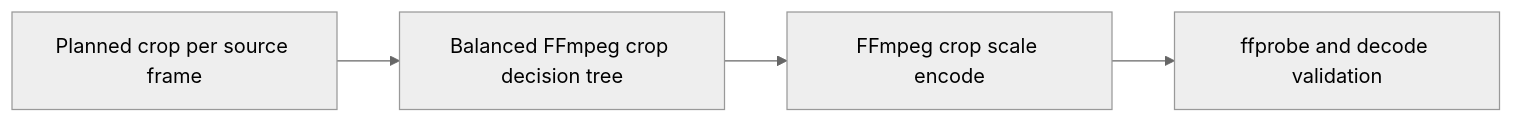
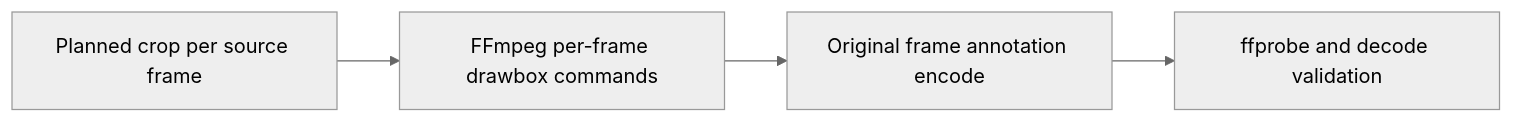
One commit to o0O96O0o/boulder-frame changed the second of 2 diagrams in docs/specs/worker/runtime-and-pipeline.md. Above: the diagram before and after it, drawn with Mermaid (neutral theme). The commit also changed other lines of this file and 10 other files, not shown here.

````diff
--- a/docs/specs/worker/runtime-and-pipeline.md
+++ b/docs/specs/worker/runtime-and-pipeline.md
@@ -143,6 +143,6 @@
 ```mermaid
 flowchart LR
-    P[Planned crop per source frame] --> T[Balanced FFmpeg crop decision tree]
-    T --> R[FFmpeg crop scale encode]
+    P[Planned crop per source frame] --> T[FFmpeg per-frame drawbox commands]
+    T --> R[Original frame annotation encode]
     R --> V[ffprobe and decode validation]
 ```
````
